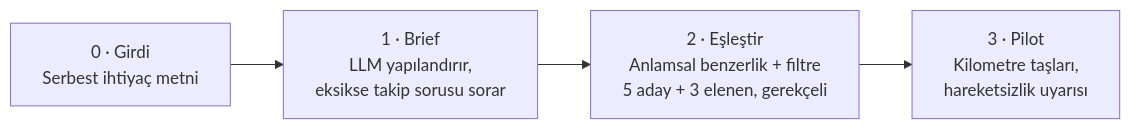
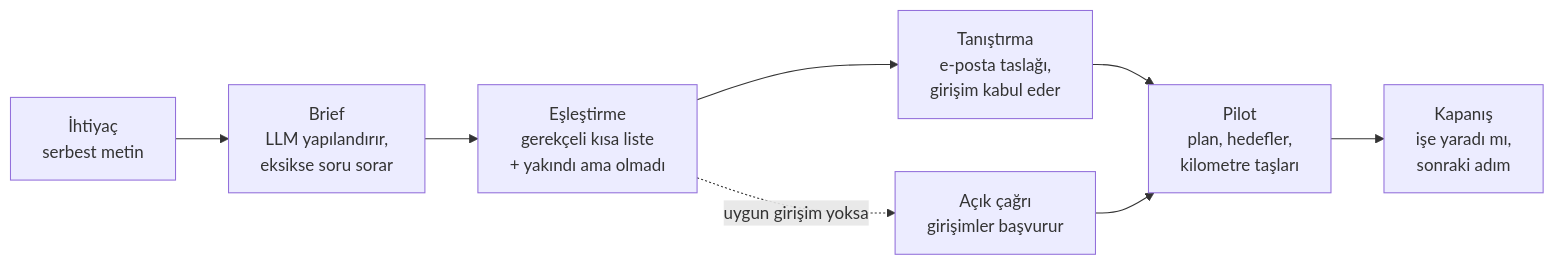
The first of 2 diagrams in README.md (BadiciCyra/needle), drawn with Mermaid before and after one commit. The commit also changed other lines of this file and 1 other file, not shown here.

````diff
--- a/README.md
+++ b/README.md
@@ -34,6 +35,10 @@
 ```mermaid
 flowchart LR
-    A["0 · Girdi<br/>Serbest ihtiyaç metni"] --> B["1 · Brief<br/>LLM yapılandırır,<br/>eksikse takip sorusu sorar"]
-    B --> C["2 · Eşleştir<br/>Anlamsal benzerlik + filtre<br/>5 aday + 3 elenen, gerekçeli"]
-    C --> D["3 · Pilot<br/>Kilometre taşları,<br/>hareketsizlik uyarısı"]
+    A["İhtiyaç<br/>serbest metin"] --> B["Brief<br/>LLM yapılandırır,<br/>eksikse soru sorar"]
+    B --> C["Eşleştirme<br/>gerekçeli kısa liste<br/>+ yakındı ama olmadı"]
+    C --> D["Tanıştırma<br/>e-posta taslağı,<br/>girişim kabul eder"]
+    D --> E["Pilot<br/>plan, hedefler,<br/>kilometre taşları"]
+    E --> F["Kapanış<br/>işe yaradı mı,<br/>sonraki adım"]
+    C -.->|uygun girişim yoksa| G["Açık çağrı<br/>girişimler başvurur"]
+    G --> E
 ```
````
